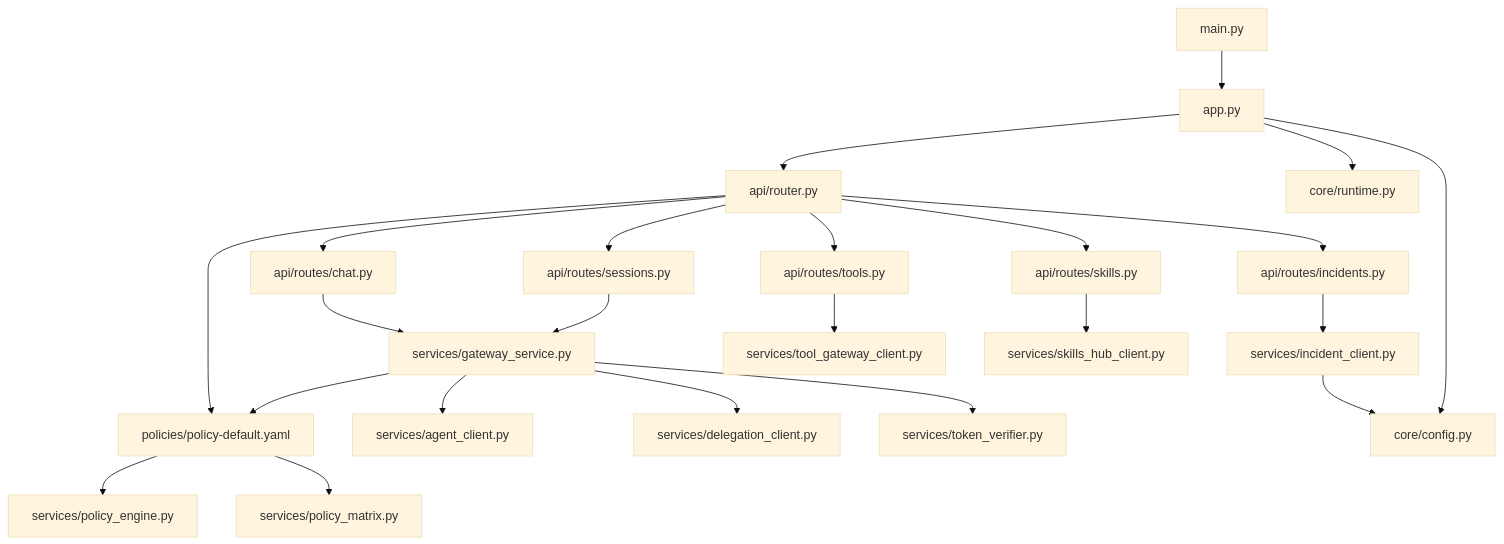
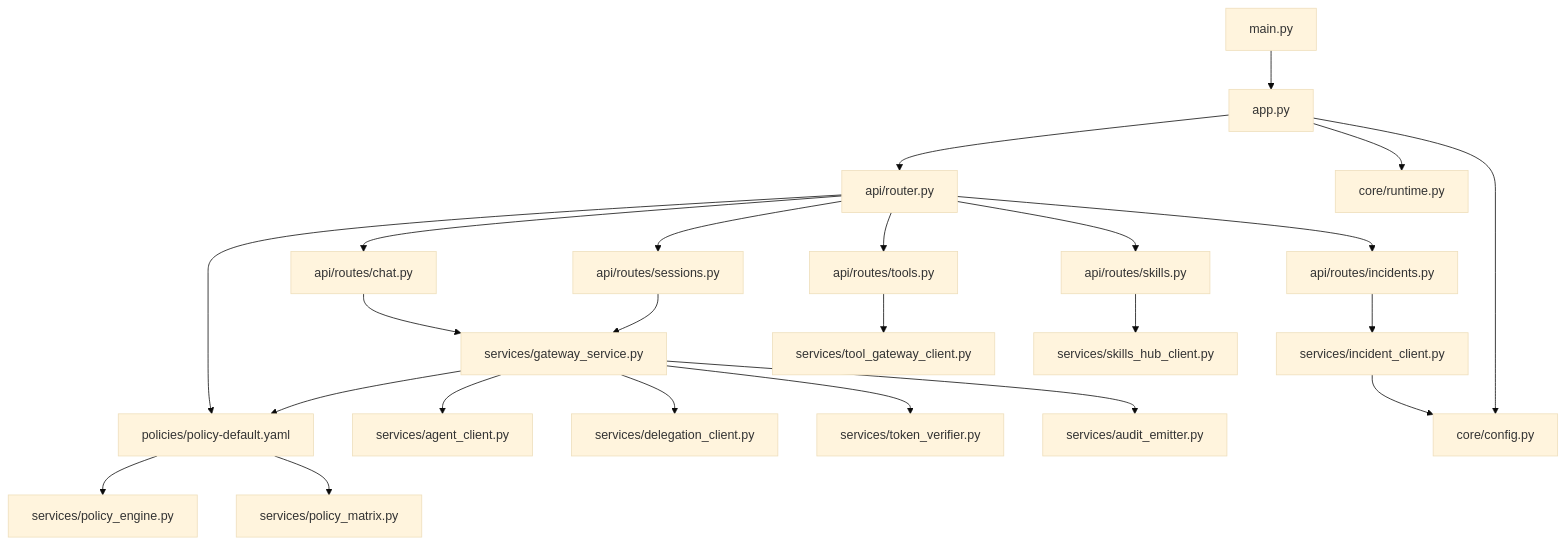
Before and after one commit to metasync/luban-aiops: diagram 16 of 16 in .qoder/repowiki/en/content/Architecture Documentation/Platform Gateway Service.md, drawn with Mermaid (base theme). The commit also changed other lines of this file and 24 other files, not shown here.

````diff
--- a/.qoder/repowiki/en/content/Architecture Documentation/Platform Gateway Service.md
+++ b/.qoder/repowiki/en/content/Architecture Documentation/Platform Gateway Service.md
@@ -709,25 +807,26 @@
 ```mermaid
 graph TB
 Main["main.py"] --> App["app.py"]
 App --> Router["api/router.py"]
 Router --> Chat["api/routes/chat.py"]
 Router --> Sessions["api/routes/sessions.py"]
 Router --> Incidents["api/routes/incidents.py"]
 Router --> Policy["api/routes/policy.py"]
 Router --> Tools["api/routes/tools.py"]
 Router --> Skills["api/routes/skills.py"]
 Chat --> GwSvc["services/gateway_service.py"]
 Sessions --> GwSvc
 Incidents --> IncClient["services/incident_client.py"]
 Policy --> PolEngine["services/policy_engine.py"]
 Policy --> PolMatrix["services/policy_matrix.py"]
 Tools --> TgClient["services/tool_gateway_client.py"]
 Skills --> ShClient["services/skills_hub_client.py"]
 GwSvc --> Agent["services/agent_client.py"]
 GwSvc --> Deleg["services/delegation_client.py"]
 GwSvc --> Verify["services/token_verifier.py"]
 GwSvc --> Policy["policies/policy-default.yaml"]
+GwSvc --> Audit["services/audit_emitter.py"]
 IncClient --> Config["core/config.py"]
 App --> Config
 App --> Runtime["core/runtime.py"]
 ```
````
